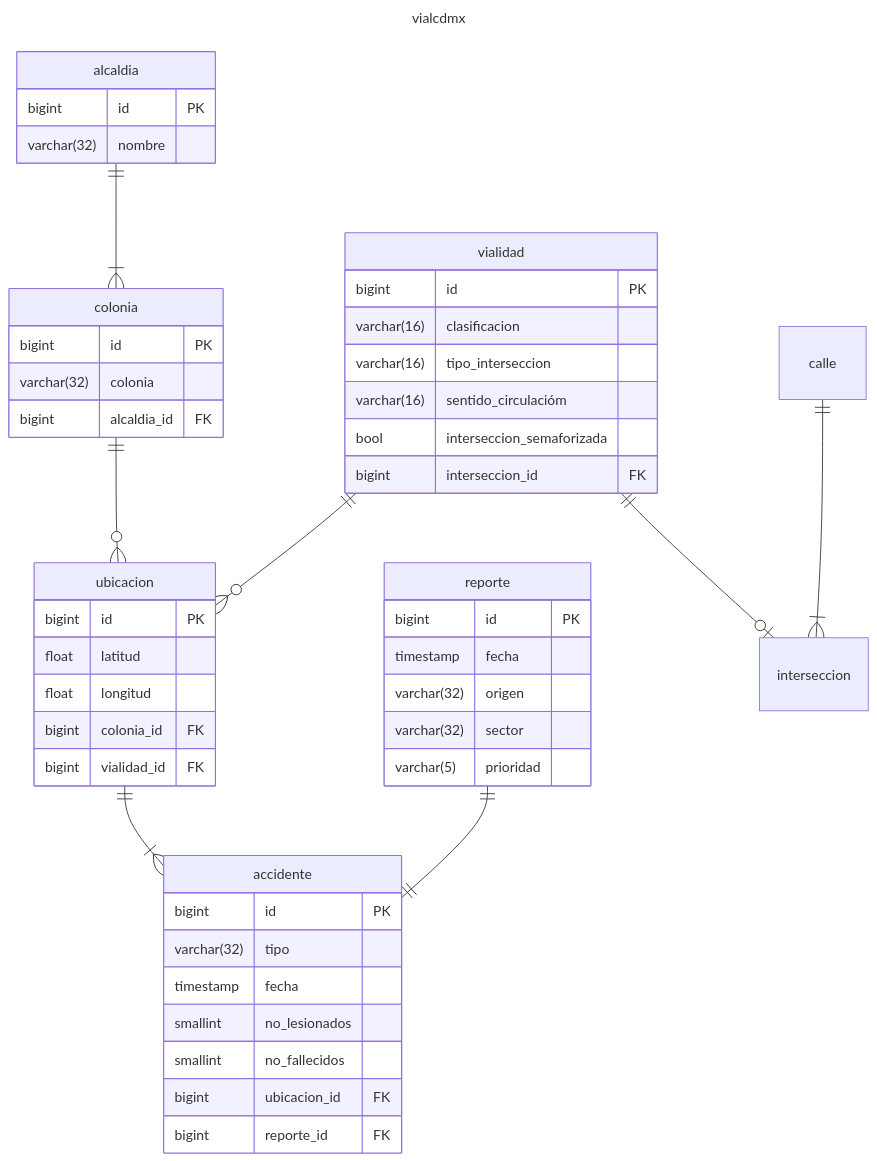
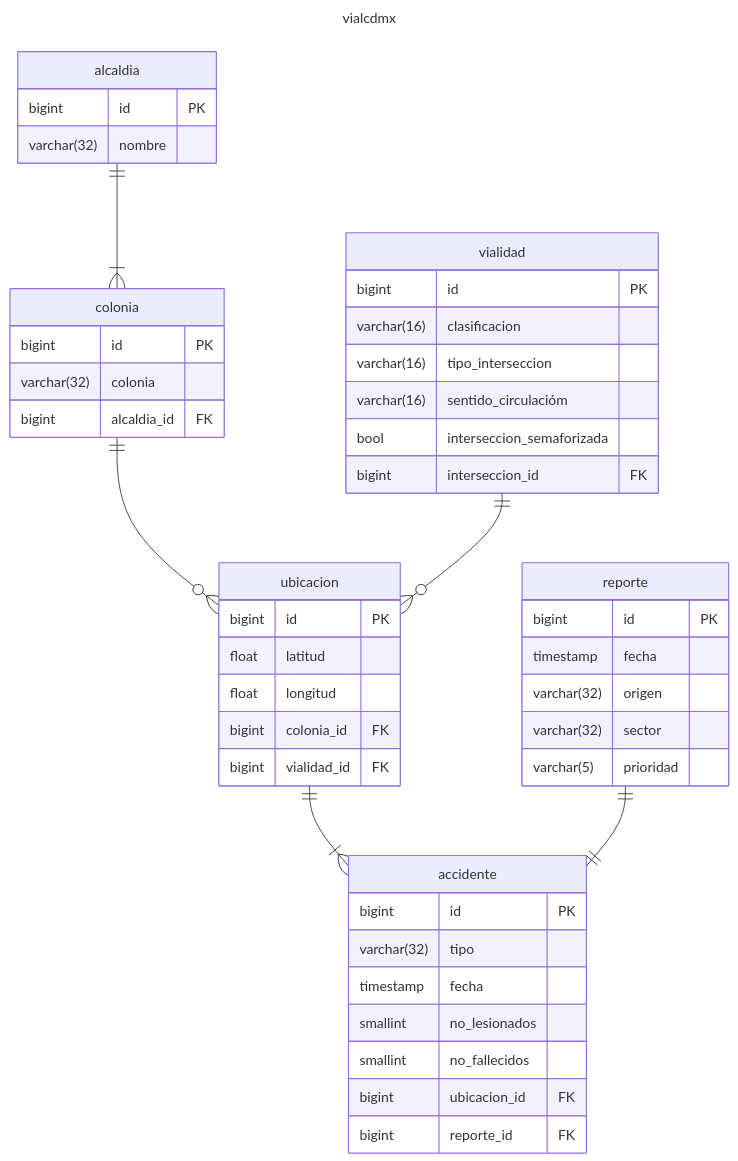
Before and after one commit to joltdot/proyecto_bd: the diagram in README.md, drawn with Mermaid.

Commit message:
Update README to remove interseccion relationships
Removed relationships for 'vialidad' and 'calle' with 'interseccion'.

````diff
--- a/README.md
+++ b/README.md
@@ -362,56 +362,54 @@
 ```mermaid
 ---
 title: vialcdmx
 ---
 
 erDiagram
     ubicacion ||--|{ accidente : " "
     reporte || -- || accidente : " "
     alcaldia ||--|{ colonia : " "
     colonia ||--o{ ubicacion : " "
     vialidad ||--o{ ubicacion : " "
-    vialidad ||--o| interseccion : " "
-    calle ||--|{ interseccion : " "
     accidente {
         bigint id PK
         varchar(32) tipo
         timestamp fecha
         smallint no_lesionados
         smallint no_fallecidos
         bigint ubicacion_id FK 
         bigint reporte_id FK
     }
     alcaldia {
         bigint id PK
         varchar(32) nombre
     }
     colonia {
         bigint id PK
         varchar(32) colonia
         bigint alcaldia_id FK
     }
 
     vialidad {
         bigint id PK
         varchar(16) clasificacion
         varchar(16) tipo_interseccion
         varchar(16) sentido_circulacióm
         bool interseccion_semaforizada
         bigint interseccion_id FK 
     }
     ubicacion {
         bigint id PK
         float latitud
         float longitud
         bigint colonia_id FK 
         bigint vialidad_id FK 
     }
     reporte {
         bigint id PK
         timestamp fecha
         varchar(32) origen
         varchar(32) sector
         varchar(5) prioridad
     }
 
 ```
````
